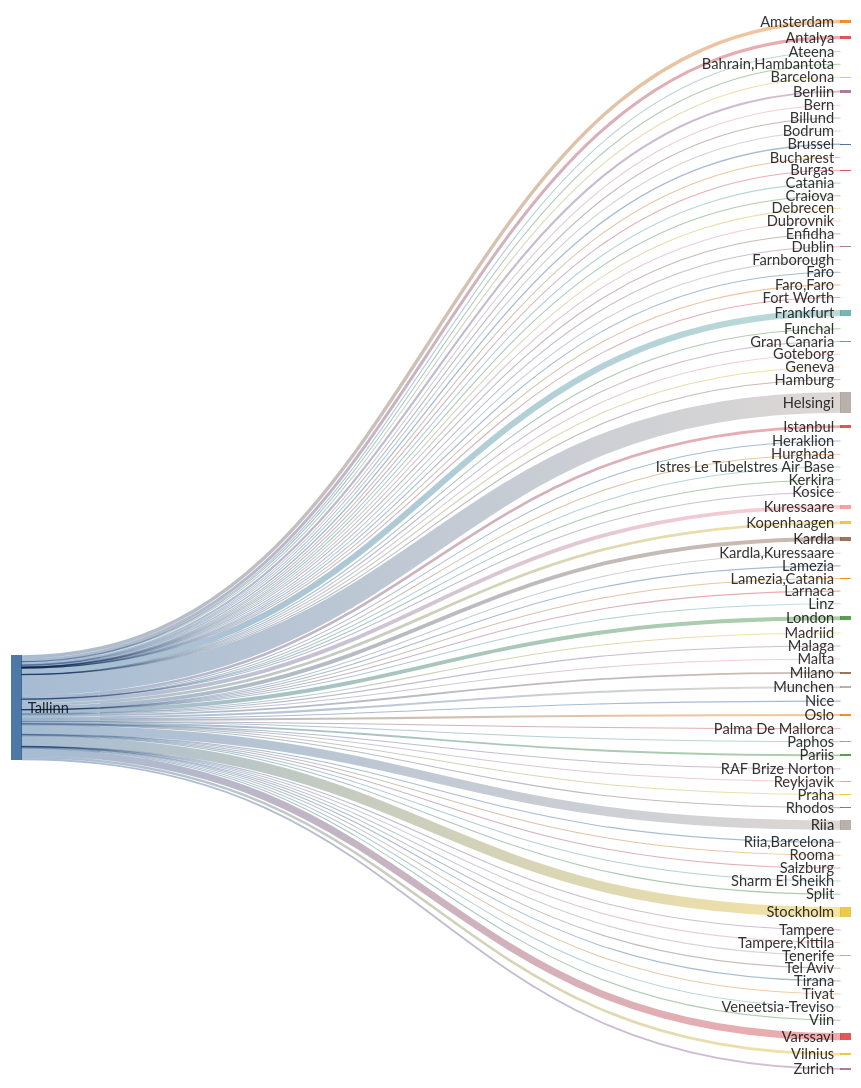
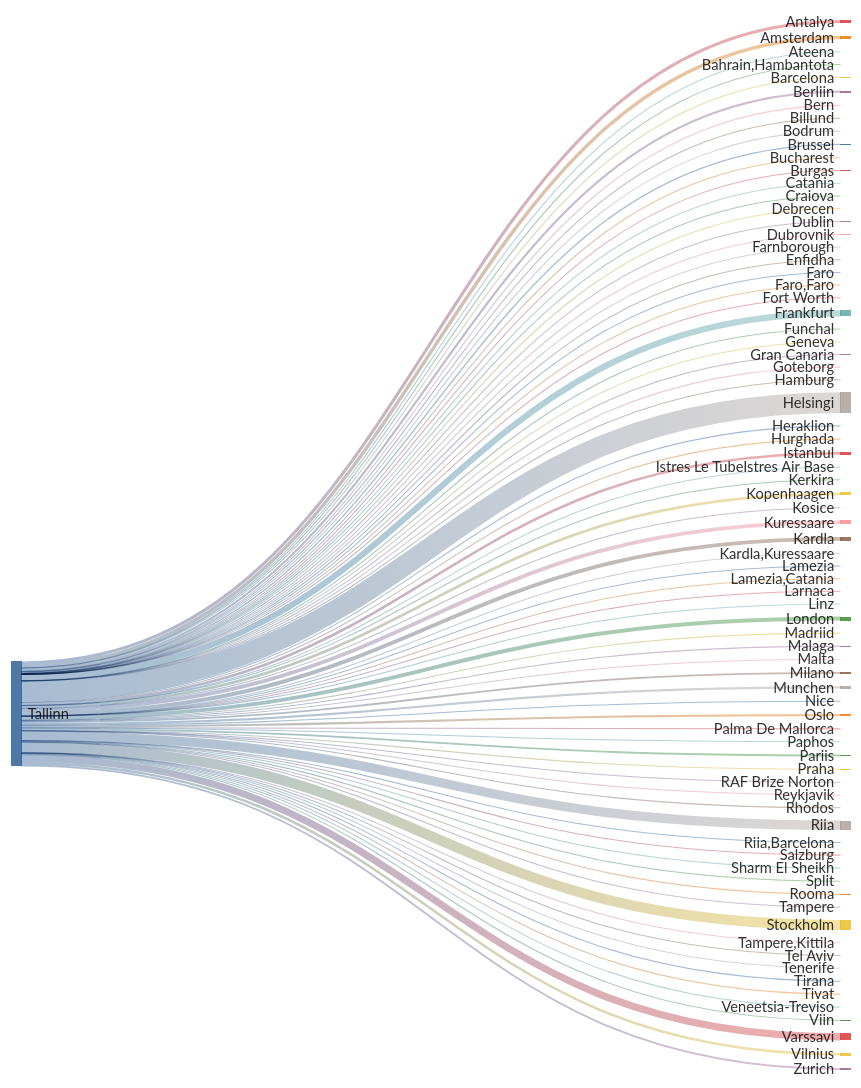
One commit to rainermesi/tll-airport-departures changed the second of 2 diagrams in README.md. Above: the diagram before and after it, drawn with Mermaid. The commit also changed other lines of this file and 1 other file, not shown here.

````diff
--- a/README.md
+++ b/README.md
@@ -41,16 +41,16 @@
 ---
 sankey-beta
 %% source,target,value
-Tallinn,Amsterdam,533
-Tallinn,Antalya,475
+Tallinn,Amsterdam,535
+Tallinn,Antalya,478
 Tallinn,Ateena,16
 Tallinn,"Bahrain,Hambantota",1
 Tallinn,Barcelona,149
-Tallinn,Berliin,334
+Tallinn,Berliin,336
 Tallinn,Bern,1
 Tallinn,Billund,84
 Tallinn,Bodrum,12
-Tallinn,Brussel,205
+Tallinn,Brussel,206
 Tallinn,Bucharest,1
 Tallinn,Burgas,67
 Tallinn,Catania,2
@@ -58,65 +58,65 @@
 Tallinn,Debrecen,1
 Tallinn,Dublin,102
 Tallinn,Dubrovnik,21
-Tallinn,Enfidha,10
+Tallinn,Enfidha,11
 Tallinn,Farnborough,1
 Tallinn,Faro,4
 Tallinn,"Faro,Faro",1
 Tallinn,Fort Worth,1
-Tallinn,Frankfurt,949
+Tallinn,Frankfurt,952
 Tallinn,Funchal,5
 Tallinn,Geneva,13
 Tallinn,Gran Canaria,38
 Tallinn,Goteborg,2
 Tallinn,Hamburg,2
-Tallinn,Helsingi,3192
+Tallinn,Helsingi,3200
 Tallinn,Heraklion,115
 Tallinn,Hurghada,75
-Tallinn,Istanbul,414
+Tallinn,Istanbul,415
 Tallinn,Istres Le TubeIstres Air Base,2
 Tallinn,Kerkira,4
-Tallinn,Kopenhaagen,430
+Tallinn,Kopenhaagen,433
 Tallinn,Kosice,1
-Tallinn,Kuressaare,604
-Tallinn,Kardla,606
+Tallinn,Kuressaare,606
+Tallinn,Kardla,608
 Tallinn,"Kardla,Kuressaare",1
 Tallinn,Lamezia,2
 Tallinn,"Lamezia,Catania",3
-Tallinn,Larnaca,4
+Tallinn,Larnaca,5
 Tallinn,Linz,2
-Tallinn,London,617
+Tallinn,London,619
 Tallinn,Madriid,4
 Tallinn,Malaga,130
 Tallinn,Malta,32
 Tallinn,Milano,279
-Tallinn,Munchen,333
+Tallinn,Munchen,335
 Tallinn,Nice,59
-Tallinn,Oslo,321
+Tallinn,Oslo,322
 Tallinn,Palma De Mallorca,36
 Tallinn,Paphos,66
-Tallinn,Pariis,282
-Tallinn,Praha,93
+Tallinn,Pariis,284
+Tallinn,Praha,94
 Tallinn,RAF Brize Norton,1
 Tallinn,Reykjavik,20
-Tallinn,Rhodos,66
-Tallinn,Riia,1440
+Tallinn,Rhodos,67
+Tallinn,Riia,1444
 Tallinn,"Riia,Barcelona",1
 Tallinn,Rooma,80
 Tallinn,Salzburg,14
 Tallinn,Sharm El Sheikh,107
-Tallinn,Split,59
-Tallinn,Stockholm,1586
+Tallinn,Split,60
+Tallinn,Stockholm,1591
 Tallinn,Tampere,17
 Tallinn,"Tampere,Kittila",21
 Tallinn,Tel Aviv,2
 Tallinn,Tenerife,58
 Tallinn,Tirana,40
 Tallinn,Tivat,76
-Tallinn,Varssavi,1102
+Tallinn,Varssavi,1106
 Tallinn,Veneetsia-Treviso,67
 Tallinn,Viin,106
-Tallinn,Vilnius,402
-Tallinn,Zurich,285
+Tallinn,Vilnius,403
+Tallinn,Zurich,286
 
 
 ```
````
